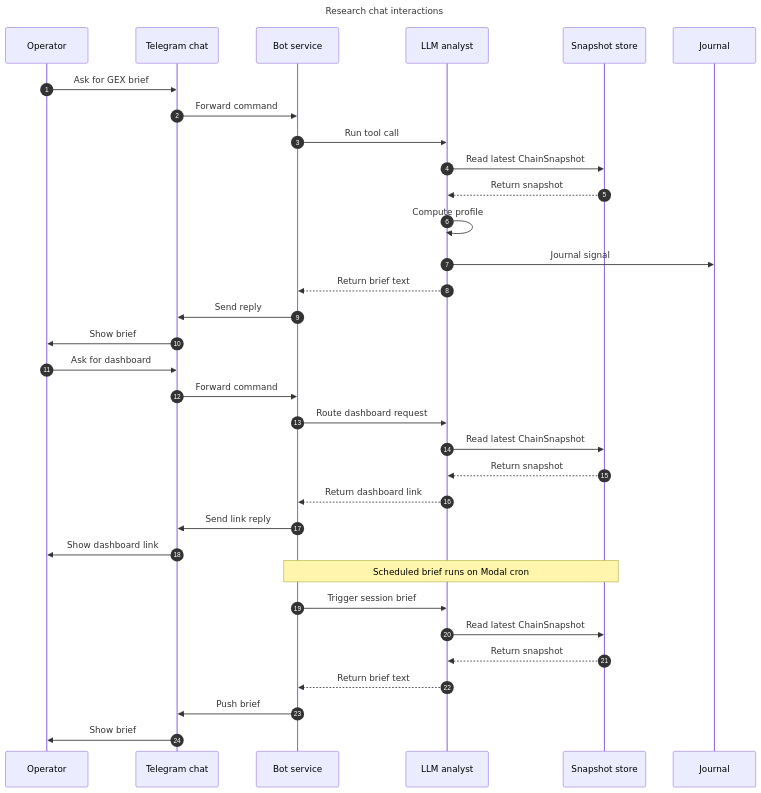
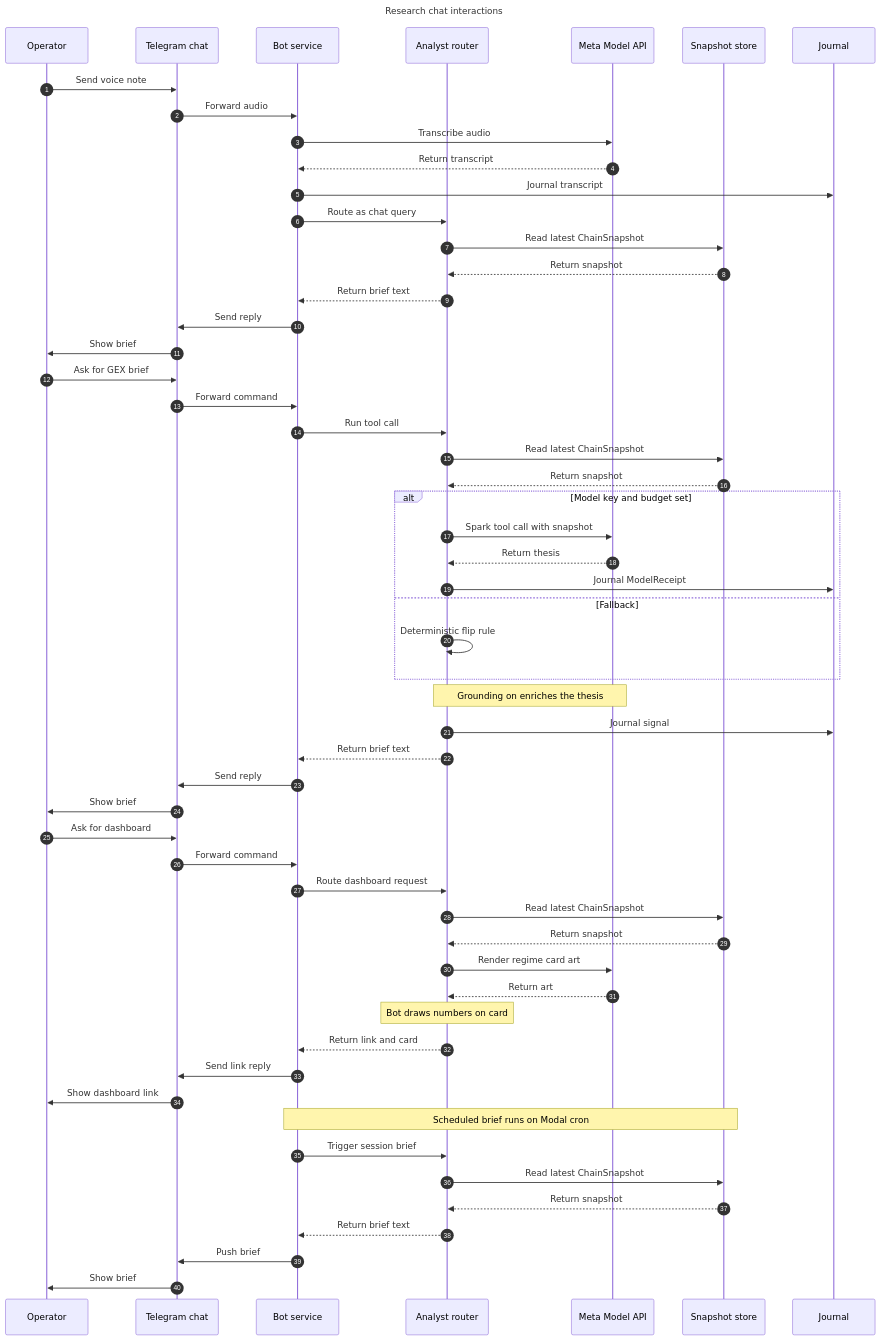
The diagram in diagrams/03-research-chat.mmd (oherna25/trading_bot_project), drawn with Mermaid before and after one commit. The commit also changed 21 other files, not shown here.

```diff
--- a/diagrams/03-research-chat.mmd
+++ b/diagrams/03-research-chat.mmd
@@ -1,39 +1,62 @@
 ---
 title: Research chat interactions
 ---
 sequenceDiagram
     autonumber
     participant U as Operator
     participant T as Telegram chat
     participant B as Bot service
-    participant A as LLM analyst
+    participant A as Analyst router
+    participant M as Meta Model API
     participant S as Snapshot store
     participant J as Journal
+
+    U->>T: Send voice note
+    T->>B: Forward audio
+    B->>M: Transcribe audio
+    M-->>B: Return transcript
+    B->>J: Journal transcript
+    B->>A: Route as chat query
+    A->>S: Read latest ChainSnapshot
+    S-->>A: Return snapshot
+    A-->>B: Return brief text
+    B->>T: Send reply
+    T->>U: Show brief
 
     U->>T: Ask for GEX brief
     T->>B: Forward command
     B->>A: Run tool call
     A->>S: Read latest ChainSnapshot
     S-->>A: Return snapshot
-    A->>A: Compute profile
+    alt Model key and budget set
+        A->>M: Spark tool call with snapshot
+        M-->>A: Return thesis
+        A->>J: Journal ModelReceipt
+    else Fallback
+        A->>A: Deterministic flip rule
+    end
+    Note over A,M: Grounding on enriches the thesis
     A->>J: Journal signal
     A-->>B: Return brief text
     B->>T: Send reply
     T->>U: Show brief
 
     U->>T: Ask for dashboard
     T->>B: Forward command
     B->>A: Route dashboard request
     A->>S: Read latest ChainSnapshot
     S-->>A: Return snapshot
-    A-->>B: Return dashboard link
+    A->>M: Render regime card art
+    M-->>A: Return art
+    Note over A: Bot draws numbers on card
+    A-->>B: Return link and card
     B->>T: Send link reply
     T->>U: Show dashboard link
 
     Note over B,S: Scheduled brief runs on Modal cron
     B->>A: Trigger session brief
     A->>S: Read latest ChainSnapshot
     S-->>A: Return snapshot
     A-->>B: Return brief text
     B->>T: Push brief
     T->>U: Show brief
```
